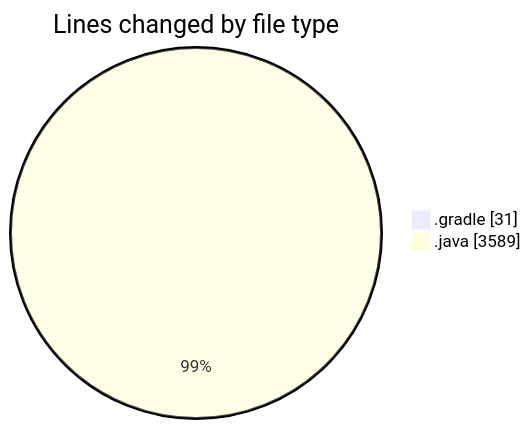
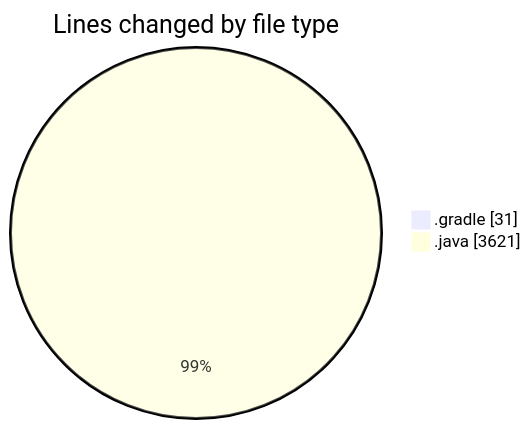
Before and after one commit to charlie-sans/code-tracking: the first of 2 diagrams in 2025-02-21/micros/README.md, drawn with Mermaid. The commit also changed other lines of this file and 1 other file, not shown here.

````diff
--- a/2025-02-21/micros/README.md
+++ b/2025-02-21/micros/README.md
@@ -38,6 +38,6 @@
 ```mermaid
 pie showData
 title Lines changed by file type
 ".gradle" : 31
-".java" : 3589
+".java" : 3621
 ```
````
